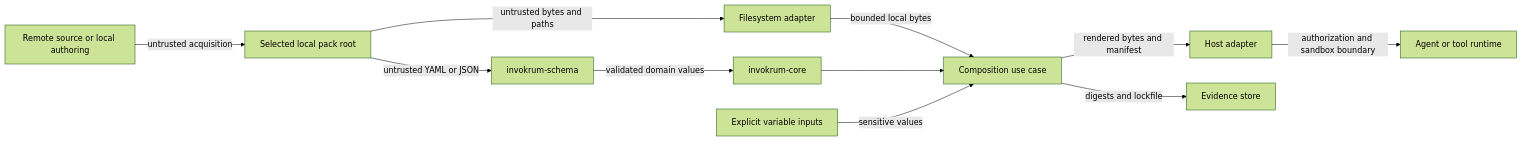
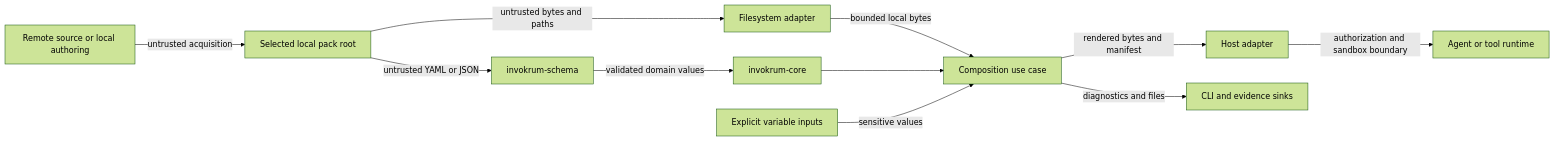
Before and after one commit to hackelia-micrantha/invokrum: the diagram in docs/security/threat-model.md, drawn with Mermaid (forest theme). The commit also changed other lines of this file, not shown here.

````diff
--- a/docs/security/threat-model.md
+++ b/docs/security/threat-model.md
@@ -46,13 +59,13 @@
 ```mermaid
 flowchart LR
   Source[Remote source or local authoring] -->|untrusted acquisition| Root[Selected local pack root]
   Root -->|untrusted bytes and paths| FS[Filesystem adapter]
   Root -->|untrusted YAML or JSON| Schema[invokrum-schema]
   Schema -->|validated domain values| Core[invokrum-core]
   FS -->|bounded local bytes| App[Composition use case]
   Core --> App
   Secrets[Explicit variable inputs] -->|sensitive values| App
   App -->|rendered bytes and manifest| Host[Host adapter]
   Host -->|authorization and sandbox boundary| Runtime[Agent or tool runtime]
-  App -->|digests and lockfile| Evidence[Evidence store]
+  App -->|diagnostics and files| Output[CLI and evidence sinks]
 ```
````
